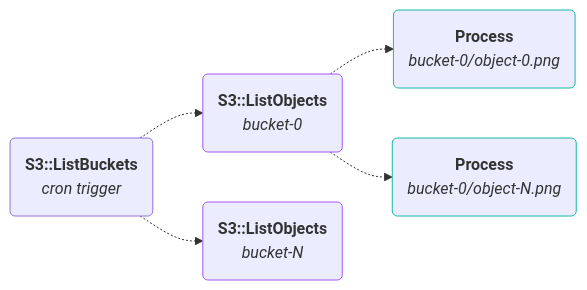
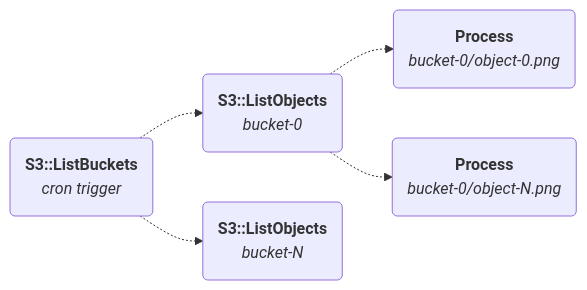
The first of 3 diagrams in frontend/docs/content/docs/cookbooks/workflow-aws-s3.mdx (hatchet-dev/hatchet), drawn with Mermaid before and after one commit. The commit also changed other lines of this file and 5 other files, not shown here.

First line of the commit message:
Restyle mermaid diagrams with brand tokens and Flow frame chrome.

````diff
--- a/frontend/docs/content/docs/cookbooks/workflow-aws-s3.mdx
+++ b/frontend/docs/content/docs/cookbooks/workflow-aws-s3.mdx
@@ -86,16 +86,12 @@
 ```mermaid
 flowchart LR
     A("<b>S3::ListBuckets</b><br/><i>cron trigger</i>")
     B("<b>S3::ListObjects</b><br/><i>bucket-0</i>")
     C("<b>S3::ListObjects</b><br/><i>bucket-N</i>")
     D("<b>Process</b><br/><i>bucket-0/object-0.png</i>")
     E("<b>Process</b><br/><i>bucket-0/object-N.png</i>")
     A -.-> B
     A -.-> C
     B -.-> D
     B -.-> E
-    style B stroke:#a855f7
-    style C stroke:#a855f7
-    style D stroke:#14b8a6
-    style E stroke:#14b8a6
 ```
````
